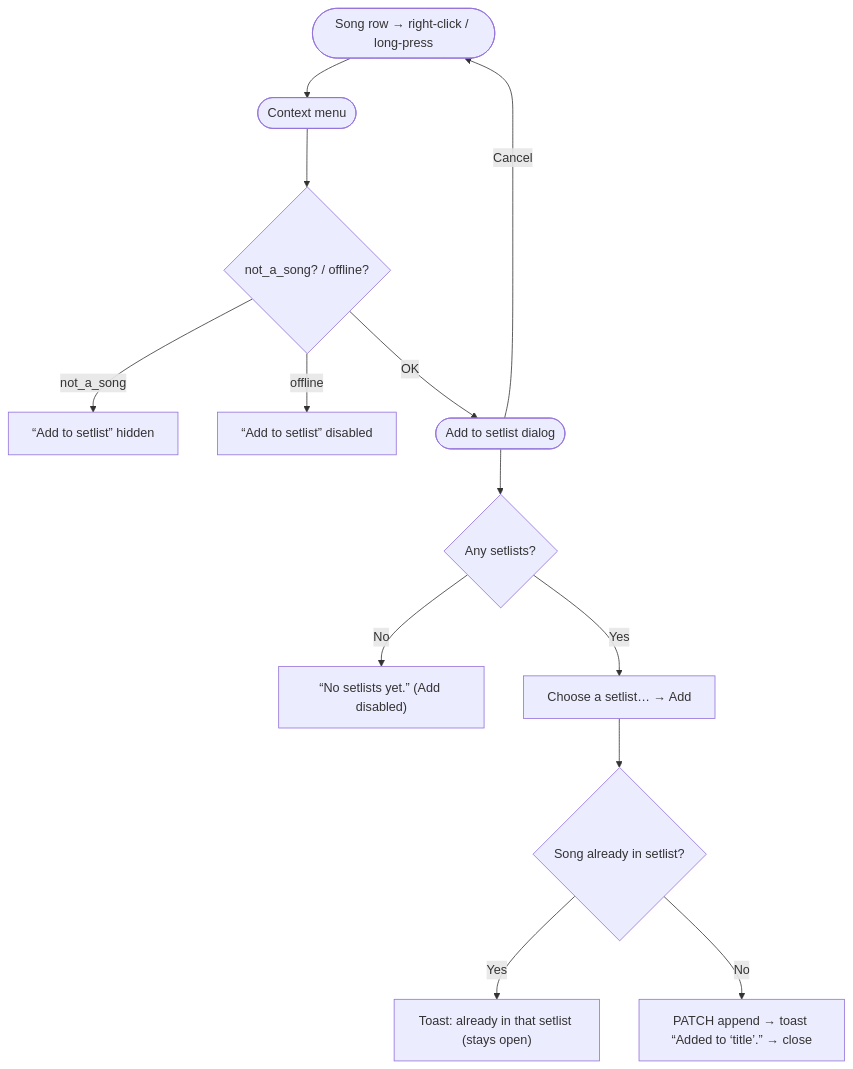
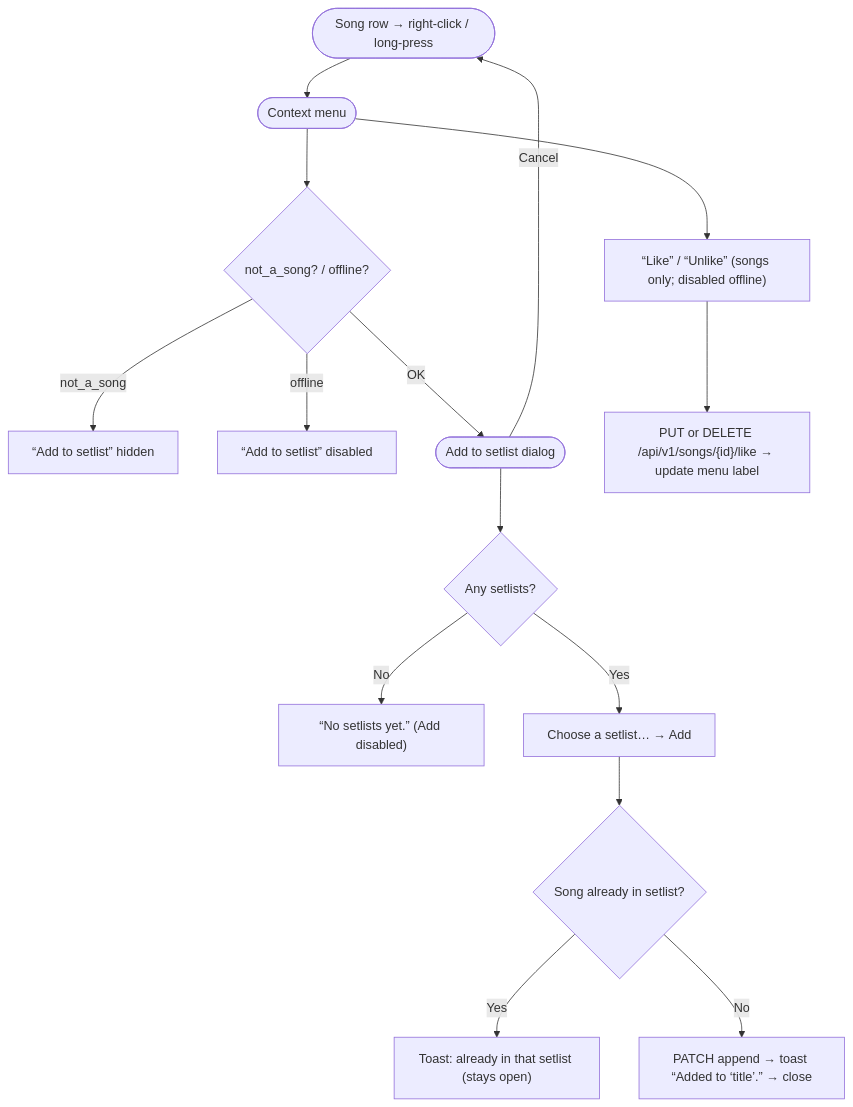
One commit to xilefmusics/worship_viewer changed diagram 20 of 55 in docs/architecture/frontend-user-flows.md. Above: the diagram before and after it, drawn with Mermaid. The commit also changed other lines of this file and 5 other files, not shown here.

````diff
--- a/docs/architecture/frontend-user-flows.md
+++ b/docs/architecture/frontend-user-flows.md
@@ -340,15 +340,17 @@
 ```mermaid
 flowchart TD
     row(["Song row → right-click / long-press"]) --> menu(["Context menu"])
     menu --> gate{not_a_song? / offline?}
     gate -->|not_a_song| hidden["“Add to setlist” hidden"]
     gate -->|offline| disabled["“Add to setlist” disabled"]
     gate -->|OK| dlg(["Add to setlist dialog"])
     dlg --> empty{Any setlists?}
     empty -->|No| none["“No setlists yet.” (Add disabled)"]
     empty -->|Yes| choose["Choose a setlist… → Add"]
     choose --> exists{Song already in setlist?}
     exists -->|Yes| info["Toast: already in that setlist (stays open)"]
     exists -->|No| add["PATCH append → toast “Added to ‘title’.” → close"]
+    menu --> fav["“Like” / “Unlike” (songs only; disabled offline)"]
+    fav --> like["PUT or DELETE /api/v1/songs/{id}/like → update menu label"]
     dlg -->|Cancel| row
 ```
````
